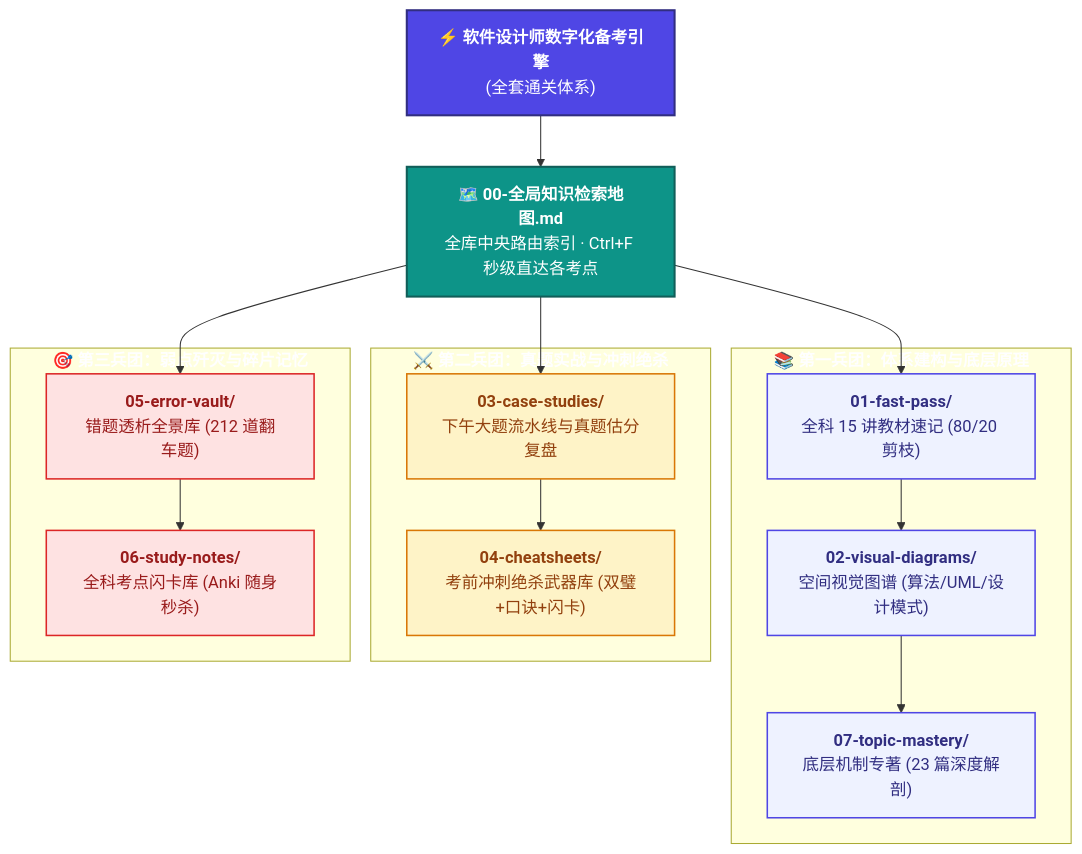
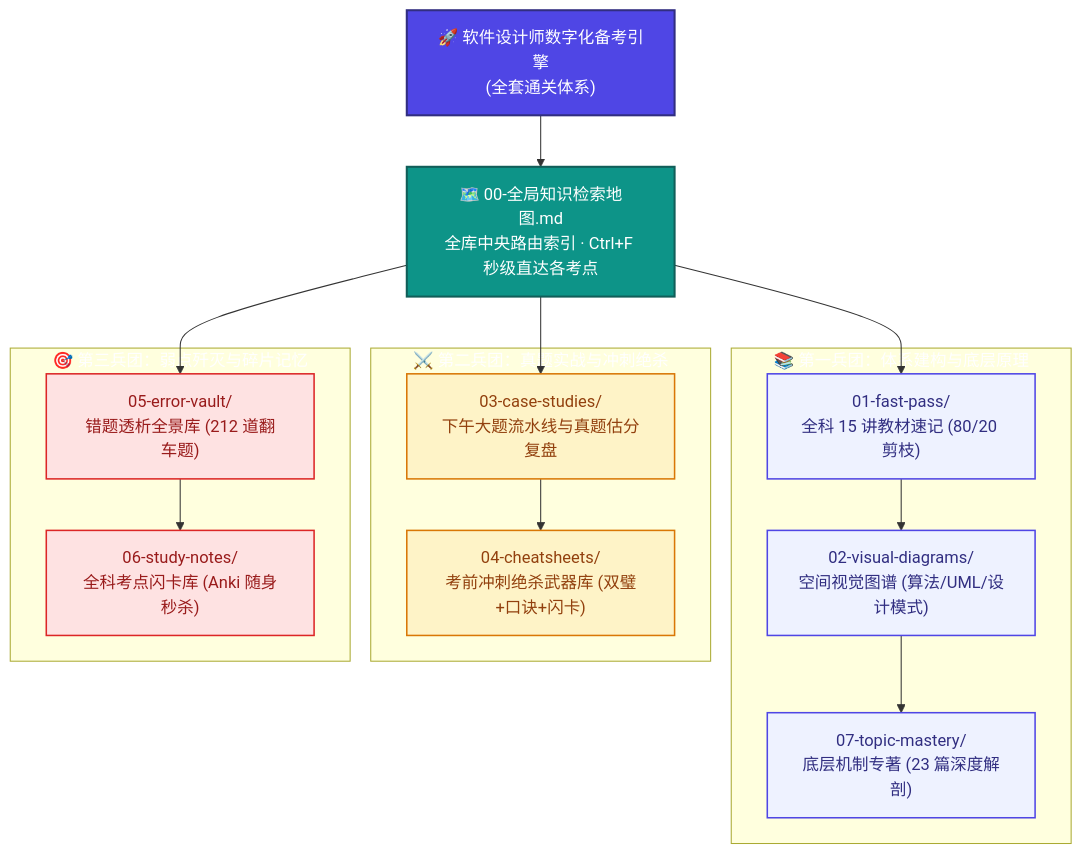
One commit to cpsa3/software-designer-fast-pass changed the diagram in README.md. Above: the diagram before and after it, drawn with Mermaid.

Commit message:
fix(readme): 优化Mermaid架构图语法兼容性，移除子图HTML标签与末尾分号以确保GitHub正常渲染

````diff
--- a/README.md
+++ b/README.md
@@ -70,36 +70,36 @@
 ```mermaid
 flowchart TD
-    classDef root fill:#4F46E5,stroke:#312E81,stroke-width:2px,color:#fff;
-    classDef hub fill:#0D9488,stroke:#115E59,stroke-width:2px,color:#fff;
-    classDef base fill:#EEF2FF,stroke:#4F46E5,stroke-width:1.5px,color:#312E81;
-    classDef exam fill:#FEF3C7,stroke:#D97706,stroke-width:1.5px,color:#92400E;
-    classDef vault fill:#FEE2E2,stroke:#DC2626,stroke-width:1.5px,color:#991B1B;
+    classDef root fill:#4F46E5,stroke:#312E81,stroke-width:2px,color:#fff
+    classDef hub fill:#0D9488,stroke:#115E59,stroke-width:2px,color:#fff
+    classDef base fill:#EEF2FF,stroke:#4F46E5,stroke-width:1.5px,color:#312E81
+    classDef exam fill:#FEF3C7,stroke:#D97706,stroke-width:1.5px,color:#92400E
+    classDef vault fill:#FEE2E2,stroke:#DC2626,stroke-width:1.5px,color:#991B1B
 
-    Root["<b>⚡ 软件设计师数字化备考引擎</b><br>(全套通关体系)"]:::root
-    Map["<b>🗺️ 00-全局知识检索地图.md</b><br>全库中央路由索引 · Ctrl+F 秒级直达各考点"]:::hub
+    Root["🚀 软件设计师数字化备考引擎<br>(全套通关体系)"]:::root
+    Map["🗺️ 00-全局知识检索地图.md<br>全库中央路由索引 · Ctrl+F 秒级直达各考点"]:::hub
 
     Root --> Map
 
-    subgraph G1 ["<b>📚 第一兵团：体系建构与底层原理</b>"]
-        M1["<b>01-fast-pass/</b><br>全科 15 讲教材速记 (80/20 剪枝)"]:::base
-        M2["<b>02-visual-diagrams/</b><br>空间视觉图谱 (算法/UML/设计模式)"]:::base
-        M7["<b>07-topic-mastery/</b><br>底层机制专著 (23 篇深度解剖)"]:::base
+    subgraph G1["📚 第一兵团：体系建构与底层原理"]
+        M1["01-fast-pass/<br>全科 15 讲教材速记 (80/20 剪枝)"]:::base
+        M2["02-visual-diagrams/<br>空间视觉图谱 (算法/UML/设计模式)"]:::base
+        M7["07-topic-mastery/<br>底层机制专著 (23 篇深度解剖)"]:::base
         M1 --> M2 --> M7
     end
 
-    subgraph G2 ["<b>⚔️ 第二兵团：真题实战与冲刺绝杀</b>"]
-        M3["<b>03-case-studies/</b><br>下午大题流水线与真题估分复盘"]:::exam
-        M4["<b>04-cheatsheets/</b><br>考前冲刺绝杀武器库 (双璧+口诀+闪卡)"]:::exam
+    subgraph G2["⚔️ 第二兵团：真题实战与冲刺绝杀"]
+        M3["03-case-studies/<br>下午大题流水线与真题估分复盘"]:::exam
+        M4["04-cheatsheets/<br>考前冲刺绝杀武器库 (双璧+口诀+闪卡)"]:::exam
         M3 --> M4
     end
 
-    subgraph G3 ["<b>🎯 第三兵团：弱点歼灭与碎片记忆</b>"]
-        M5["<b>05-error-vault/</b><br>错题透析全景库 (212 道翻车题)"]:::vault
-        M6["<b>06-study-notes/</b><br>全科考点闪卡库 (Anki 随身秒杀)"]:::vault
+    subgraph G3["🎯 第三兵团：弱点歼灭与碎片记忆"]
+        M5["05-error-vault/<br>错题透析全景库 (212 道翻车题)"]:::vault
+        M6["06-study-notes/<br>全科考点闪卡库 (Anki 随身秒杀)"]:::vault
         M5 --> M6
     end
 
     Map --> M1
     Map --> M3
     Map --> M5
 ```
````
